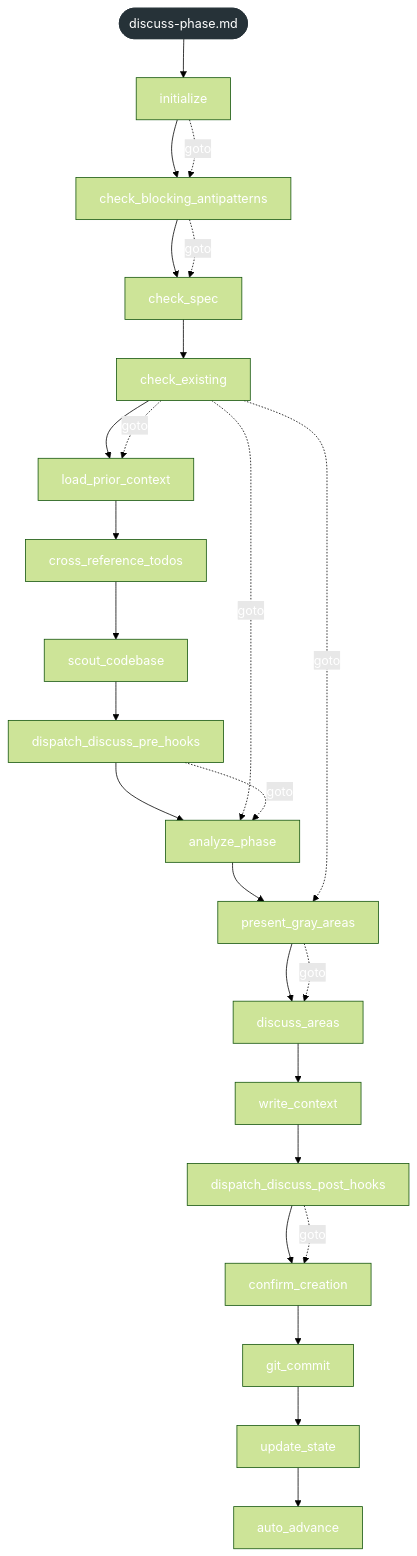
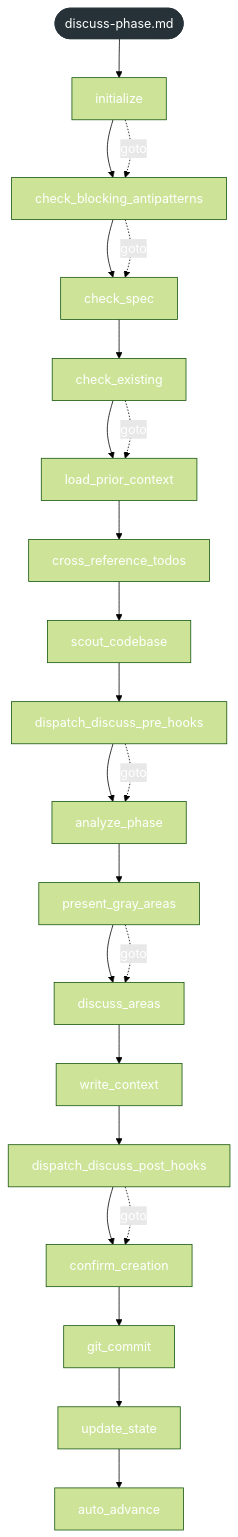
Before and after one commit to Govorin/gsd-core: the first of 2 diagrams in docs/reference/workflow-maps/discuss-phase.md, drawn with Mermaid (forest theme). The commit also changed other lines of this file and 6 other files, not shown here.

````diff
--- a/docs/reference/workflow-maps/discuss-phase.md
+++ b/docs/reference/workflow-maps/discuss-phase.md
@@ -15,56 +15,54 @@
 ```mermaid
 flowchart TB
   wf_root(["discuss-phase.md"]):::root
   u_step_initialize["initialize"]
   u_step_check_blocking_antipatterns["check_blocking_antipatterns"]
   u_step_check_spec["check_spec"]
   u_step_check_existing["check_existing"]
   u_step_load_prior_context["load_prior_context"]
   u_step_cross_reference_todos["cross_reference_todos"]
   u_step_scout_codebase["scout_codebase"]
   u_step_dispatch_discuss_pre_hooks["dispatch_discuss_pre_hooks"]
   u_step_analyze_phase["analyze_phase"]
   u_step_present_gray_areas["present_gray_areas"]
   u_step_discuss_areas["discuss_areas"]
   u_step_write_context["write_context"]
   u_step_dispatch_discuss_post_hooks["dispatch_discuss_post_hooks"]
   u_step_confirm_creation["confirm_creation"]
   u_step_git_commit["git_commit"]
   u_step_update_state["update_state"]
   u_step_auto_advance["auto_advance"]
   wf_root --> u_step_initialize
   u_step_initialize --> u_step_check_blocking_antipatterns
   u_step_check_blocking_antipatterns --> u_step_check_spec
   u_step_check_spec --> u_step_check_existing
   u_step_check_existing --> u_step_load_prior_context
   u_step_load_prior_context --> u_step_cross_reference_todos
   u_step_cross_reference_todos --> u_step_scout_codebase
   u_step_scout_codebase --> u_step_dispatch_discuss_pre_hooks
   u_step_dispatch_discuss_pre_hooks --> u_step_analyze_phase
   u_step_analyze_phase --> u_step_present_gray_areas
   u_step_present_gray_areas --> u_step_discuss_areas
   u_step_discuss_areas --> u_step_write_context
   u_step_write_context --> u_step_dispatch_discuss_post_hooks
   u_step_dispatch_discuss_post_hooks --> u_step_confirm_creation
   u_step_confirm_creation --> u_step_git_commit
   u_step_git_commit --> u_step_update_state
   u_step_update_state --> u_step_auto_advance
   u_step_initialize -.->|"goto"| u_step_check_blocking_antipatterns
   u_step_check_blocking_antipatterns -.->|"goto"| u_step_check_spec
-  u_step_check_existing -.->|"goto"| u_step_analyze_phase
-  u_step_check_existing -.->|"goto"| u_step_present_gray_areas
   u_step_check_existing -.->|"goto"| u_step_load_prior_context
   u_step_dispatch_discuss_pre_hooks -.->|"goto"| u_step_analyze_phase
   u_step_present_gray_areas -.->|"goto"| u_step_discuss_areas
   u_step_dispatch_discuss_post_hooks -.->|"goto"| u_step_confirm_creation
   classDef missing fill:#fdecea,stroke:#d33,stroke-dasharray:4 3
   classDef unparsed fill:#f5f5f5,stroke:#999999,stroke-dasharray:4 3,color:#555
   classDef conditional fill:#fff8e1,stroke:#b28704
   classDef root fill:#263238,color:#ffffff,stroke:#263238
   classDef agent fill:#e8f0fe,stroke:#3367d6
   classDef builtin fill:#eeeeee,stroke:#777777
   classDef capability fill:#e6f4ea,stroke:#2e7d32
   classDef dynamic fill:#f2f2f2,stroke:#888,stroke-dasharray:2 2
   classDef point fill:#f3e8fd,stroke:#8e24aa
   classDef workflow fill:#ffffff,stroke:#555555
 ```
````
